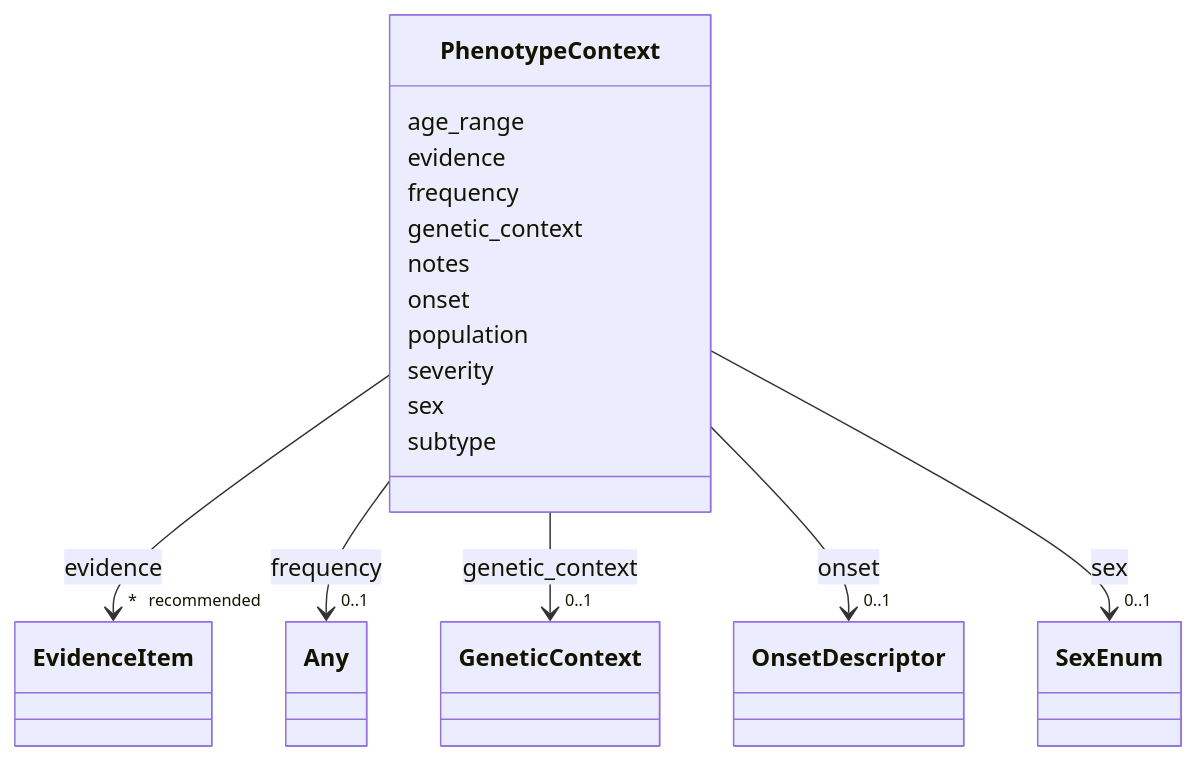
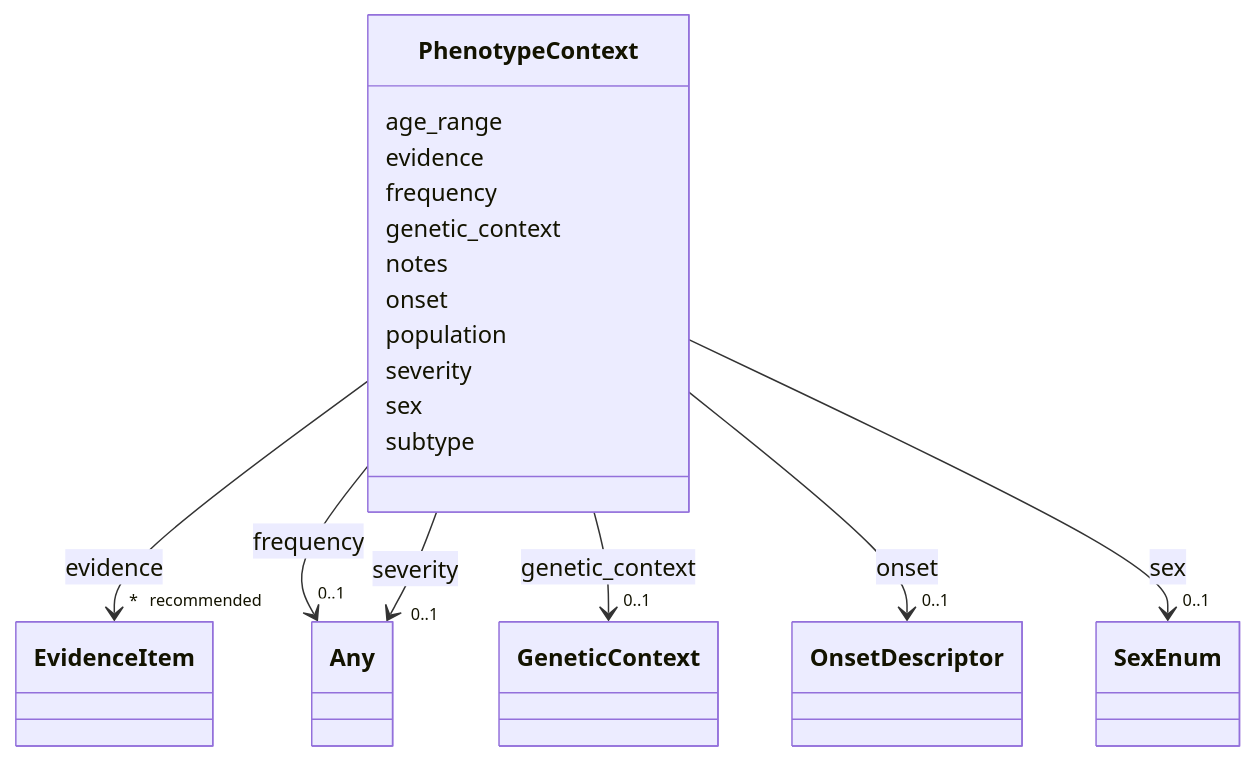
The diagram in docs/schema/classes/PhenotypeContext.md (monarch-initiative/dismech), drawn with Mermaid before and after one commit. The commit also changed other lines of this file and 1343 other files, not shown here.

First line of the commit message:
docs: regenerate schema docs and point design-decisions link at rendered page

````diff
--- a/docs/schema/classes/PhenotypeContext.md
+++ b/docs/schema/classes/PhenotypeContext.md
@@ -20,71 +20,80 @@
 ```mermaid
  classDiagram
     class PhenotypeContext
     click PhenotypeContext href "../../classes/PhenotypeContext/"
       PhenotypeContext : age_range
         
       PhenotypeContext : evidence
         
           
     
         
         
         PhenotypeContext --> "* _recommended_" EvidenceItem : evidence
         click EvidenceItem href "../../classes/EvidenceItem/"
     
 
         
       PhenotypeContext : frequency
         
           
     
         
         
         PhenotypeContext --> "0..1" Any : frequency
         click Any href "../../classes/Any/"
     
 
         
       PhenotypeContext : genetic_context
         
           
     
         
         
         PhenotypeContext --> "0..1" GeneticContext : genetic_context
         click GeneticContext href "../../classes/GeneticContext/"
     
 
         
       PhenotypeContext : notes
         
       PhenotypeContext : onset
         
           
     
         
         
         PhenotypeContext --> "0..1" OnsetDescriptor : onset
         click OnsetDescriptor href "../../classes/OnsetDescriptor/"
     
 
         
       PhenotypeContext : population
         
       PhenotypeContext : severity
         
+          
+    
+        
+        
+        PhenotypeContext --> "0..1" Any : severity
+        click Any href "../../classes/Any/"
+    
+
+        
       PhenotypeContext : sex
         
           
     
         
         
         PhenotypeContext --> "0..1" SexEnum : sex
         click SexEnum href "../../enums/SexEnum/"
     
 
         
       PhenotypeContext : subtype
         
       
 ```
````
